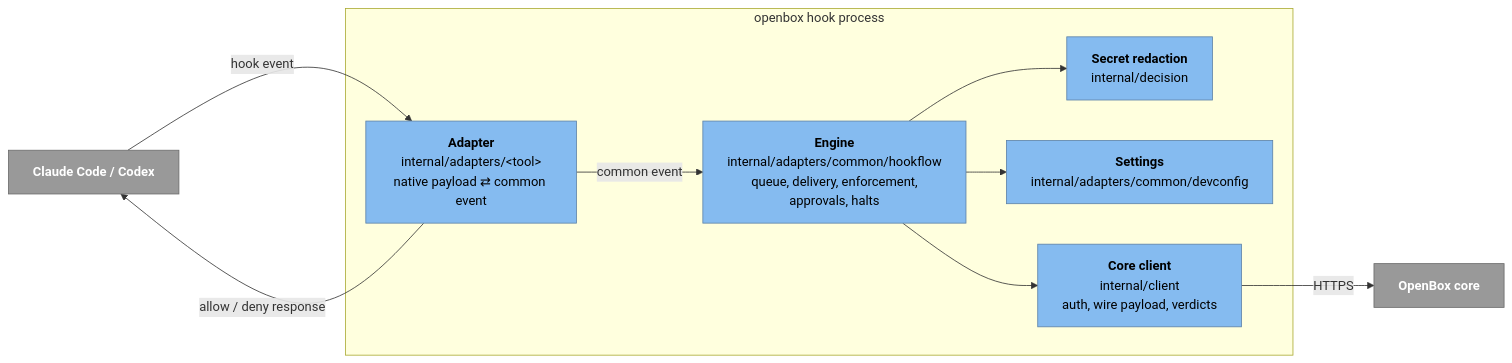
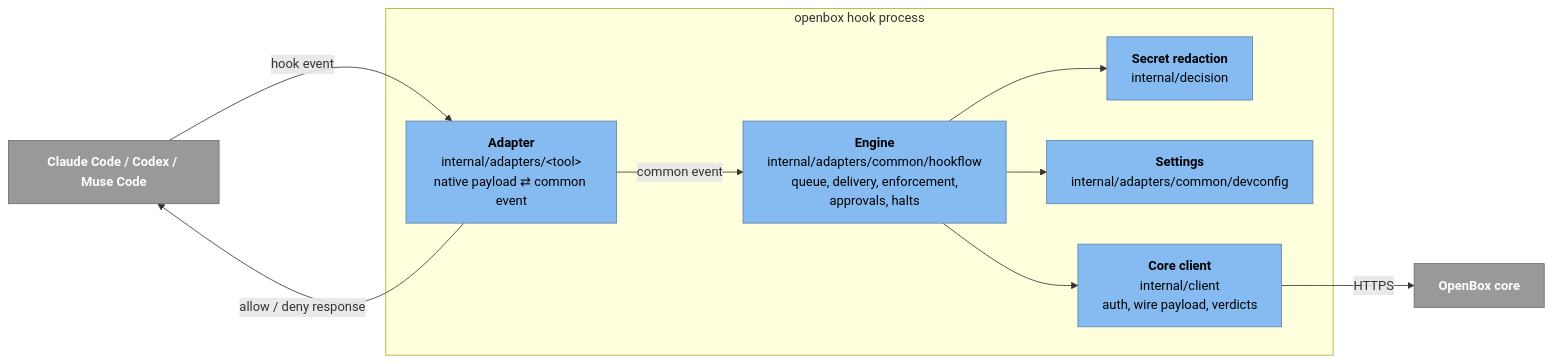
The third of 4 diagrams in docs/architecture.md (OpenBox-AI/openbox-shift-left), drawn with Mermaid before and after one commit. The commit also changed other lines of this file and 9 other files, not shown here.

First line of the commit message:
docs: document Muse Code as the third governed tool

````diff
--- a/docs/architecture.md
+++ b/docs/architecture.md
@@ -108,25 +108,25 @@
 ```mermaid
 flowchart LR
-  tool["<b>Claude Code / Codex</b>"]:::external
+  tool["<b>Claude Code / Codex / Muse Code</b>"]:::external
   subgraph bin["openbox hook process"]
     adapter["<b>Adapter</b><br/>internal/adapters/&lt;tool&gt;<br/>native payload ⇄ common event"]:::component
     engine["<b>Engine</b><br/>internal/adapters/common/hookflow<br/>queue, delivery, enforcement,<br/>approvals, halts"]:::component
     redact["<b>Secret redaction</b><br/>internal/decision"]:::component
     cfg["<b>Settings</b><br/>internal/adapters/common/devconfig"]:::component
     client["<b>Core client</b><br/>internal/client<br/>auth, wire payload, verdicts"]:::component
   end
   core["<b>OpenBox core</b>"]:::external
   tool -- "hook event" --> adapter
   adapter -- "common event" --> engine
   engine --> redact
   engine --> cfg
   engine --> client
   client -- HTTPS --> core
   adapter -- "allow / deny response" --> tool
   classDef person fill:#08427b,stroke:#052e56,color:#fff
   classDef system fill:#1168bd,stroke:#0b4884,color:#fff
   classDef container fill:#438dd5,stroke:#2e6295,color:#fff
   classDef component fill:#85bbf0,stroke:#5d82a8,color:#000
   classDef store fill:#438dd5,stroke:#2e6295,color:#fff
   classDef external fill:#999999,stroke:#6b6b6b,color:#fff
 ```
````
